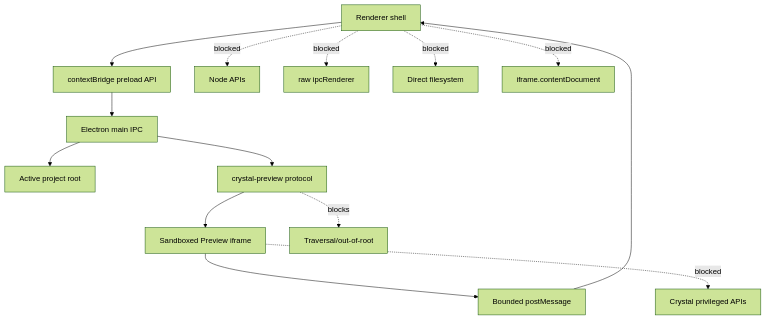
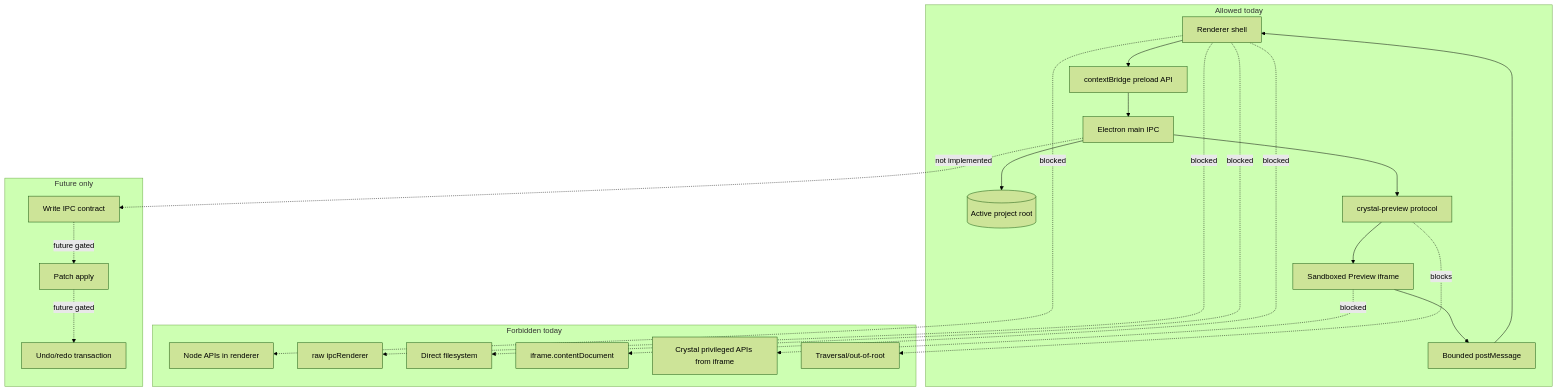
The diagram in docs/architecture/diagrams/security-boundaries.md (krestosa/Crystal), drawn with Mermaid (forest theme) before and after one commit. The commit also changed other lines of this file and 21 other files, not shown here.

Commit message:
Add richer architecture diagrams and state flows

````diff
--- a/docs/architecture/diagrams/security-boundaries.md
+++ b/docs/architecture/diagrams/security-boundaries.md
@@ -13,17 +56,37 @@
 ```mermaid
 flowchart TD
-  Renderer[Renderer shell] --> Preload[contextBridge preload API]
-  Preload --> Main[Electron main IPC]
-  Main --> ProjectRoot[Active project root]
-  Main --> PreviewProtocol[crystal-preview protocol]
-  PreviewProtocol --> PreviewIframe[Sandboxed Preview iframe]
-  PreviewIframe --> Message[Bounded postMessage]
-  Message --> Renderer
+  subgraph Allowed[Allowed today]
+    Renderer[Renderer shell] --> Preload[contextBridge preload API]
+    Preload --> Main[Electron main IPC]
+    Main --> ProjectRoot[(Active project root)]
+    Main --> PreviewProtocol[crystal-preview protocol]
+    PreviewProtocol --> PreviewIframe[Sandboxed Preview iframe]
+    PreviewIframe --> Message[Bounded postMessage]
+    Message --> Renderer
+  end
 
-  Renderer -. blocked .-> Node[Node APIs]
-  Renderer -. blocked .-> RawIPC[raw ipcRenderer]
-  Renderer -. blocked .-> FileSystem[Direct filesystem]
-  Renderer -. blocked .-> IframeDOM[iframe.contentDocument]
-  PreviewIframe -. blocked .-> CrystalPrivileges[Crystal privileged APIs]
-  PreviewProtocol -. blocks .-> Traversal[Traversal/out-of-root]
+  subgraph Forbidden[Forbidden today]
+    Node[Node APIs in renderer]
+    RawIPC[raw ipcRenderer]
+    DirectFS[Direct filesystem]
+    IframeDOM[iframe.contentDocument]
+    CrystalPrivileges[Crystal privileged APIs from iframe]
+    Traversal[Traversal/out-of-root]
+  end
+
+  subgraph FutureOnly[Future only]
+    WriteIPC[Write IPC contract]
+    PatchApply[Patch apply]
+    Undo[Undo/redo transaction]
+  end
+
+  Renderer -. blocked .-> Node
+  Renderer -. blocked .-> RawIPC
+  Renderer -. blocked .-> DirectFS
+  Renderer -. blocked .-> IframeDOM
+  PreviewIframe -. blocked .-> CrystalPrivileges
+  PreviewProtocol -. blocks .-> Traversal
+  Main -. not implemented .-> WriteIPC
+  WriteIPC -. future gated .-> PatchApply
+  PatchApply -. future gated .-> Undo
 ```
````
